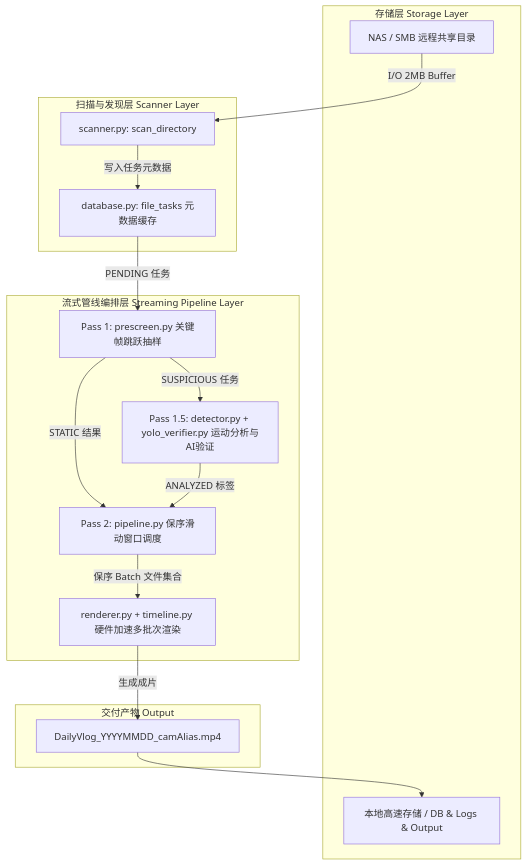
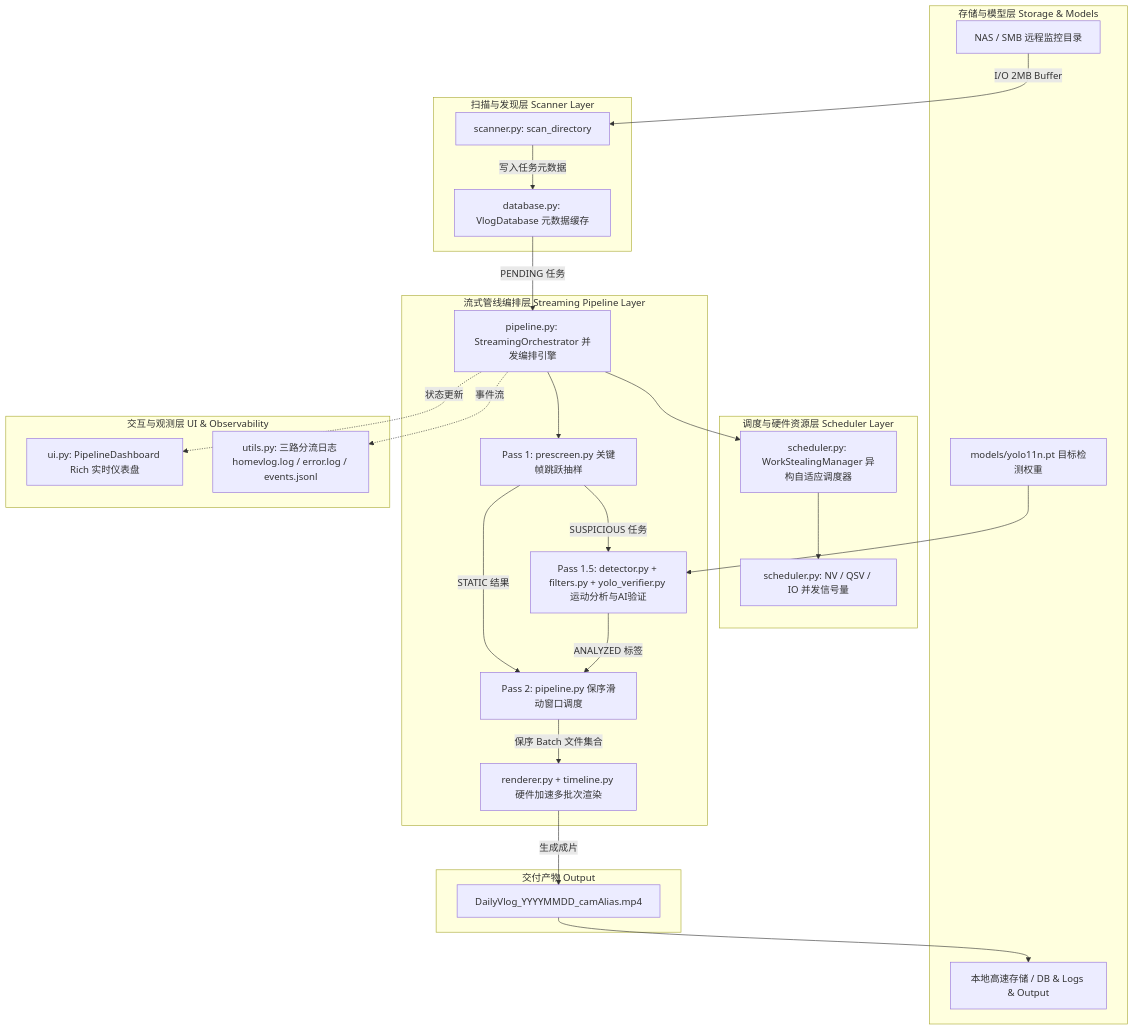
Before and after one commit to seeyou2n1ght/homeVlog: the diagram in docs/architecture.md, drawn with Mermaid. The commit also changed other lines of this file and 60 other files, not shown here.

````diff
--- a/docs/architecture.md
+++ b/docs/architecture.md
@@ -11,33 +11,52 @@
 ```mermaid
 graph TD
-    subgraph Storage[存储层 Storage Layer]
-        NAS[NAS / SMB 远程共享目录]
+    subgraph Storage[存储与模型层 Storage & Models]
+        NAS[NAS / SMB 远程监控目录]
         LocalDisk[本地高速存储 / DB & Logs & Output]
+        ModelDir[models/yolo11n.pt 目标检测权重]
     end
 
     subgraph Scanner[扫描与发现层 Scanner Layer]
         ScanDir[scanner.py: scan_directory]
-        DBMeta[database.py: file_tasks 元数据缓存]
+        DBMeta[database.py: VlogDatabase 元数据缓存]
+    end
+
+    subgraph Scheduler[调度与硬件资源层 Scheduler Layer]
+        WSM[scheduler.py: WorkStealingManager 异构自适应调度器]
+        Semaphores[scheduler.py: NV / QSV / IO 并发信号量]
     end
 
     subgraph Pipeline[流式管线编排层 Streaming Pipeline Layer]
+        Orchestrator[pipeline.py: StreamingOrchestrator 并发编排引擎]
         PrescreenWorker[Pass 1: prescreen.py 关键帧跳跃抽样]
-        AnalysisWorker[Pass 1.5: detector.py + yolo_verifier.py 运动分析与AI验证]
+        AnalysisWorker[Pass 1.5: detector.py + filters.py + yolo_verifier.py 运动分析与AI验证]
         RenderManager[Pass 2: pipeline.py 保序滑动窗口调度]
         RenderWorker[renderer.py + timeline.py 硬件加速多批次渲染]
+    end
+
+    subgraph UI_Logging[交互与观测层 UI & Observability]
+        TUI[ui.py: PipelineDashboard Rich 实时仪表盘]
+        LogSplit[utils.py: 三路分流日志 homevlog.log / error.log / events.jsonl]
     end
 
     subgraph Output[交付产物 Output]
         FinalVlog[DailyVlog_YYYYMMDD_camAlias.mp4]
     end
 
     NAS -->|I/O 2MB Buffer| ScanDir
     ScanDir -->|写入任务元数据| DBMeta
-    DBMeta -->|PENDING 任务| PrescreenWorker
+    DBMeta -->|PENDING 任务| Orchestrator
+    Orchestrator --> WSM
+    WSM --> Semaphores
+    Orchestrator --> PrescreenWorker
     PrescreenWorker -->|SUSPICIOUS 任务| AnalysisWorker
+    ModelDir --> AnalysisWorker
     PrescreenWorker -->|STATIC 结果| RenderManager
     AnalysisWorker -->|ANALYZED 标签| RenderManager
     RenderManager -->|保序 Batch 文件集合| RenderWorker
     RenderWorker -->|生成成片| FinalVlog
     FinalVlog --> LocalDisk
+
+    Orchestrator -.->|状态更新| TUI
+    Orchestrator -.->|事件流| LogSplit
 ```
````
